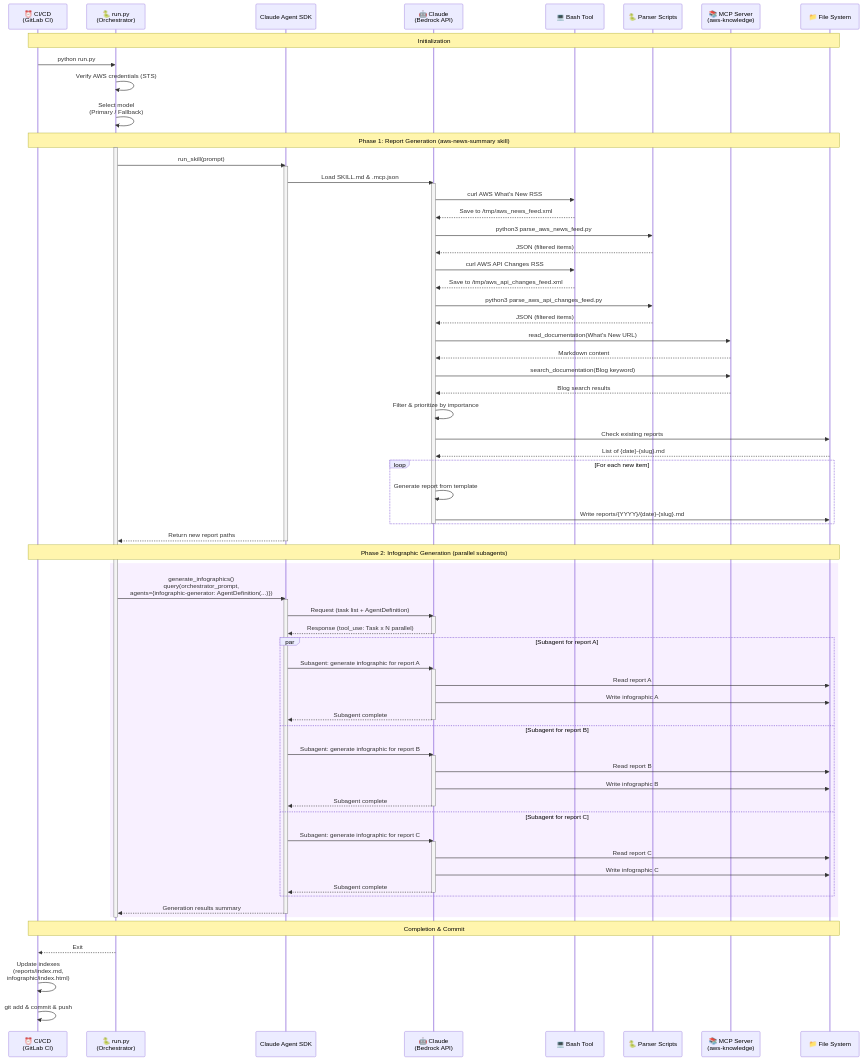
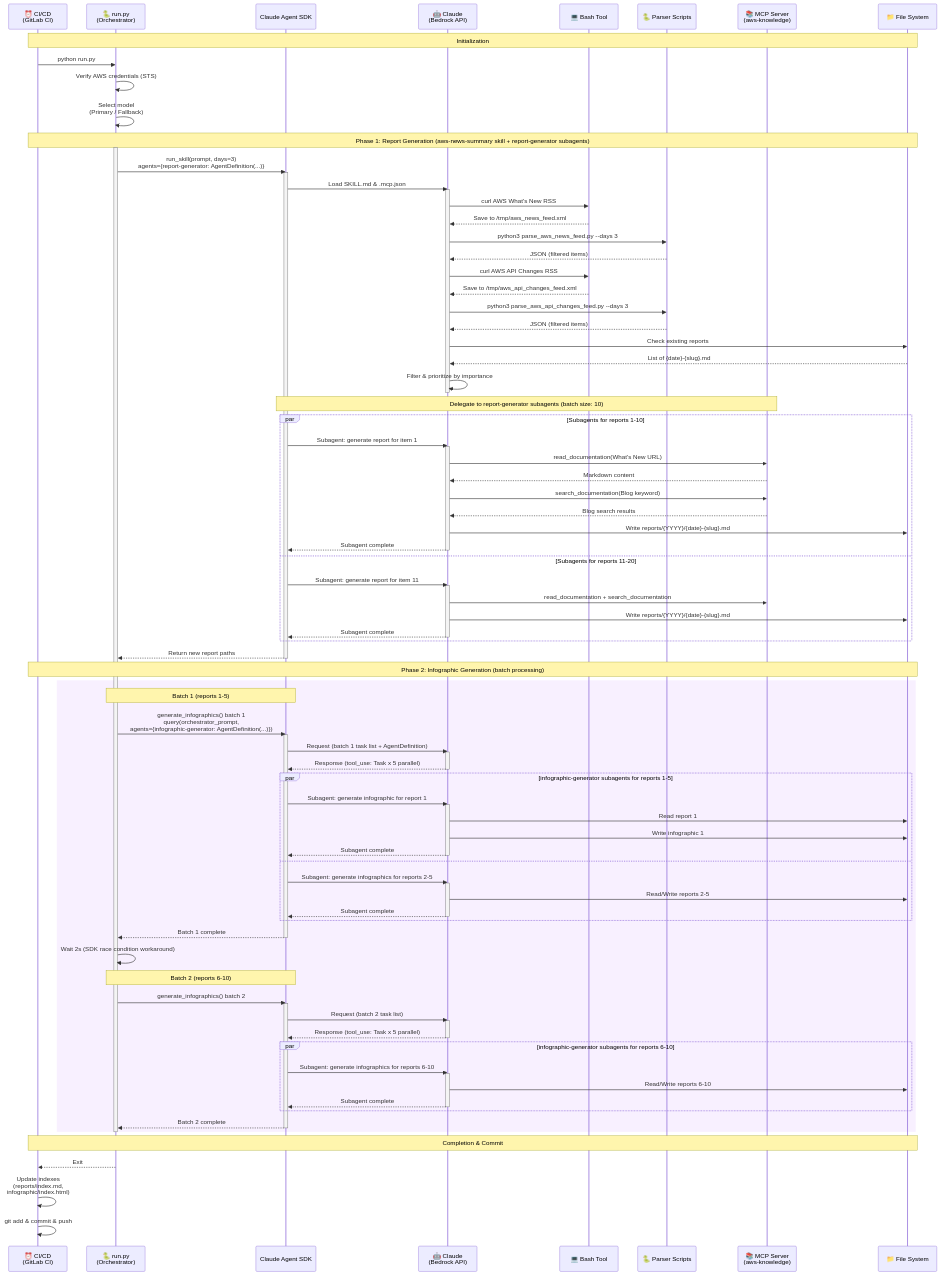
One commit to takech9203/awsnews-summary changed the third of 4 diagrams in README-en.md. Above: the diagram before and after it, drawn with Mermaid. The commit also changed other lines of this file and 1 other file, not shown here.

Commit message:
feat(docs): update architecture diagrams to reflect batch processing
Update README documentation to accurately represent the current implementation:

- Replace "Generate Report" node with direct flow showing report-generator subagents
- Clarify subagent naming in Phase 1 (report-generator) and Phase 2 (infographic-generator)
- Add batch processing details in sequence diagrams (batch size: 10 for reports, 5 for infographics)
- Show parallel subagent execution within batches
- Update flow to reflect that filtering happens before subagent delegation
- Add `--days` parameter to script calls in sequence diagram
- Improve visual representation of orchestrator-subagent relationship

These changes better document how the system uses the Task tool to delegate work to specialized subagents in batches, improving clarity for contributors and users.

```diff
--- a/README-en.md
+++ b/README-en.md
@@ -280,10 +278,10 @@
     RunPy->>RunPy: Verify AWS credentials (STS)
     RunPy->>RunPy: Select model<br/>(Primary / Fallback)
 
-    Note over CI,FS: Phase 1: Report Generation (aws-news-summary skill)
+    Note over CI,FS: Phase 1: Report Generation (aws-news-summary skill + report-generator subagents)
 
     activate RunPy
-    RunPy->>SDK: run_skill(prompt)
+    RunPy->>SDK: run_skill(prompt, days=3)<br/>agents={report-generator: AgentDefinition(...)}
     activate SDK
     SDK->>LLM: Load SKILL.md & .mcp.json
     activate LLM
@@ -291,69 +289,94 @@
     LLM->>Bash: curl AWS What's New RSS
     Bash-->>LLM: Save to /tmp/aws_news_feed.xml
 
-    LLM->>Scripts: python3 parse_aws_news_feed.py
+    LLM->>Scripts: python3 parse_aws_news_feed.py --days 3
     Scripts-->>LLM: JSON (filtered items)
 
     LLM->>Bash: curl AWS API Changes RSS
     Bash-->>LLM: Save to /tmp/aws_api_changes_feed.xml
 
-    LLM->>Scripts: python3 parse_aws_api_changes_feed.py
+    LLM->>Scripts: python3 parse_aws_api_changes_feed.py --days 3
     Scripts-->>LLM: JSON (filtered items)
-
-    LLM->>MCP: read_documentation(What's New URL)
-    MCP-->>LLM: Markdown content
-
-    LLM->>MCP: search_documentation(Blog keyword)
-    MCP-->>LLM: Blog search results
-
-    LLM->>LLM: Filter & prioritize by importance
 
     LLM->>FS: Check existing reports
     FS-->>LLM: List of {date}-{slug}.md
 
-    loop For each new item
-        LLM->>LLM: Generate report from template
+    LLM->>LLM: Filter & prioritize by importance
+
+    deactivate LLM
+
+    Note over SDK,MCP: Delegate to report-generator subagents (batch size: 10)
+
+    par Subagents for reports 1-10
+        SDK->>LLM: Subagent: generate report for item 1
+        activate LLM
+        LLM->>MCP: read_documentation(What's New URL)
+        MCP-->>LLM: Markdown content
+        LLM->>MCP: search_documentation(Blog keyword)
+        MCP-->>LLM: Blog search results
         LLM->>FS: Write reports/{YYYY}/{date}-{slug}.md
+        LLM-->>SDK: Subagent complete
+        deactivate LLM
+    and Subagents for reports 11-20
+        SDK->>LLM: Subagent: generate report for item 11
+        activate LLM
+        LLM->>MCP: read_documentation + search_documentation
+        LLM->>FS: Write reports/{YYYY}/{date}-{slug}.md
+        LLM-->>SDK: Subagent complete
+        deactivate LLM
     end
 
-    deactivate LLM
     SDK-->>RunPy: Return new report paths
     deactivate SDK
 
-    Note over CI,FS: Phase 2: Infographic Generation (parallel subagents)
+    Note over CI,FS: Phase 2: Infographic Generation (batch processing)
 
     rect rgb(248, 240, 255)
-        RunPy->>SDK: generate_infographics()<br/>query(orchestrator_prompt,<br/>agents={infographic-generator: AgentDefinition(...)})
+        Note over RunPy,SDK: Batch 1 (reports 1-5)
+        RunPy->>SDK: generate_infographics() batch 1<br/>query(orchestrator_prompt,<br/>agents={infographic-generator: AgentDefinition(...)})
         activate SDK
-        SDK->>LLM: Request (task list + AgentDefinition)
+        SDK->>LLM: Request (batch 1 task list + AgentDefinition)
         activate LLM
-        LLM-->>SDK: Response (tool_use: Task x N parallel)
+        LLM-->>SDK: Response (tool_use: Task x 5 parallel)
         deactivate LLM
 
-        par Subagent for report A
-            SDK->>LLM: Subagent: generate infographic for report A
+        par infographic-generator subagents for reports 1-5
+            SDK->>LLM: Subagent: generate infographic for report 1
             activate LLM
-            LLM->>FS: Read report A
-            LLM->>FS: Write infographic A
+            LLM->>FS: Read report 1
+            LLM->>FS: Write infographic 1
             LLM-->>SDK: Subagent complete
             deactivate LLM
-        and Subagent for report B
-            SDK->>LLM: Subagent: generate infographic for report B
+        and
+            SDK->>LLM: Subagent: generate infographics for reports 2-5
             activate LLM
-            LLM->>FS: Read report B
-            LLM->>FS: Write infographic B
-            LLM-->>SDK: Subagent complete
-            deactivate LLM
-        and Subagent for report C
-            SDK->>LLM: Subagent: generate infographic for report C
-            activate LLM
-            LLM->>FS: Read report C
-            LLM->>FS: Write infographic C
+            LLM->>FS: Read/Write reports 2-5
             LLM-->>SDK: Subagent complete
             deactivate LLM
         end
 
-        SDK-->>RunPy: Generation results summary
+        SDK-->>RunPy: Batch 1 complete
+        deactivate SDK
+
+        RunPy->>RunPy: Wait 2s (SDK race condition workaround)
+
+        Note over RunPy,SDK: Batch 2 (reports 6-10)
+        RunPy->>SDK: generate_infographics() batch 2
+        activate SDK
+        SDK->>LLM: Request (batch 2 task list)
+        activate LLM
+        LLM-->>SDK: Response (tool_use: Task x 5 parallel)
+        deactivate LLM
+
+        par infographic-generator subagents for reports 6-10
+            SDK->>LLM: Subagent: generate infographics for reports 6-10
+            activate LLM
+            LLM->>FS: Read/Write reports 6-10
+            LLM-->>SDK: Subagent complete
+            deactivate LLM
+        end
+
+        SDK-->>RunPy: Batch 2 complete
         deactivate SDK
     end
 
```
